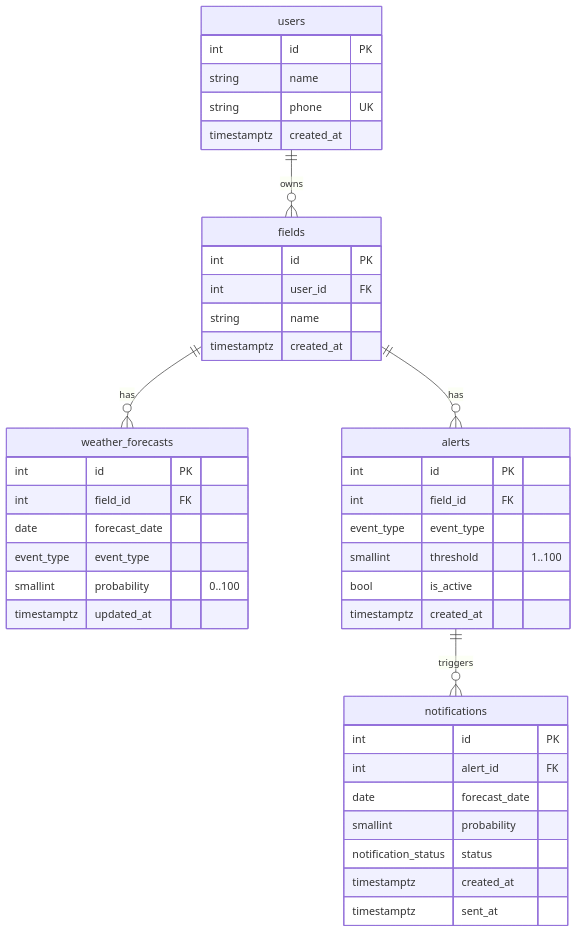
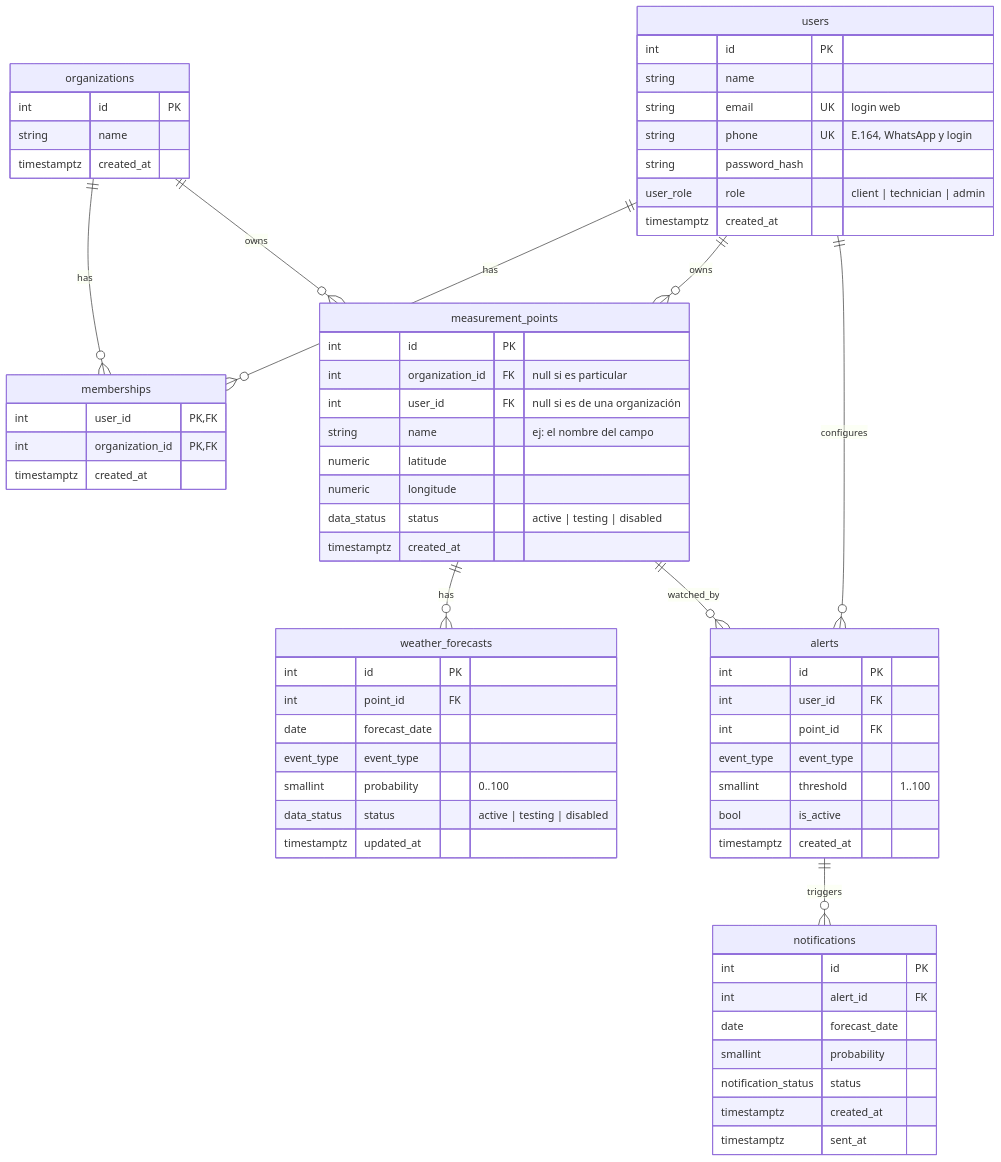
One commit to MolinaFranco/weather-alerts changed the second of 5 diagrams in docs/plan.md. Above: the diagram before and after it, drawn with Mermaid. The commit also changed other lines of this file, not shown here.

Commit message:
docs: redesign data model, add auth, roles and re-notification to plan

````diff
--- a/docs/plan.md
+++ b/docs/plan.md
@@ -59,45 +73,68 @@
 ```mermaid
 erDiagram
-    users ||--o{ fields : owns
-    fields ||--o{ weather_forecasts : has
-    fields ||--o{ alerts : has
+    users ||--o{ memberships : has
+    organizations ||--o{ memberships : has
+    organizations ||--o{ measurement_points : owns
+    users ||--o{ measurement_points : owns
+    measurement_points ||--o{ weather_forecasts : has
+    users ||--o{ alerts : configures
+    measurement_points ||--o{ alerts : watched_by
     alerts ||--o{ notifications : triggers
 
     users {
         int id PK
         string name
-        string phone UK
+        string email UK "login web"
+        string phone UK "E.164, WhatsApp y login"
+        string password_hash
+        user_role role "client | technician | admin"
         timestamptz created_at
     }
-    fields {
+    organizations {
         int id PK
-        int user_id FK
         string name
+        timestamptz created_at
+    }
+    memberships {
+        int user_id PK,FK
+        int organization_id PK,FK
+        timestamptz created_at
+    }
+    measurement_points {
+        int id PK
+        int organization_id FK "null si es particular"
+        int user_id FK "null si es de una organización"
+        string name "ej: el nombre del campo"
+        numeric latitude
+        numeric longitude
+        data_status status "active | testing | disabled"
         timestamptz created_at
     }
     weather_forecasts {
         int id PK
-        int field_id FK
+        int point_id FK
         date forecast_date
         event_type event_type
         smallint probability "0..100"
+        data_status status "active | testing | disabled"
         timestamptz updated_at
     }
     alerts {
         int id PK
-        int field_id FK
+        int user_id FK
+        int point_id FK
         event_type event_type
         smallint threshold "1..100"
         bool is_active
         timestamptz created_at
     }
     notifications {
         int id PK
         int alert_id FK
         date forecast_date
         smallint probability
         notification_status status
         timestamptz created_at
         timestamptz sent_at
     }
 ```
````
